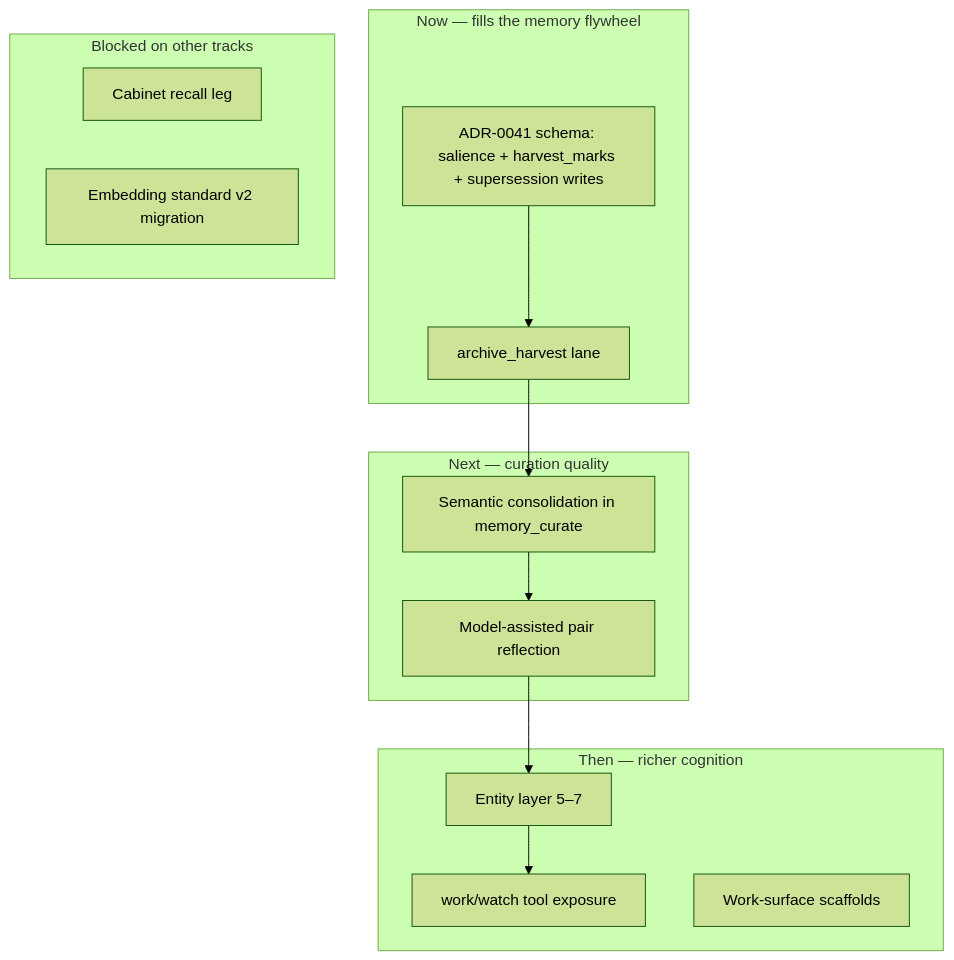
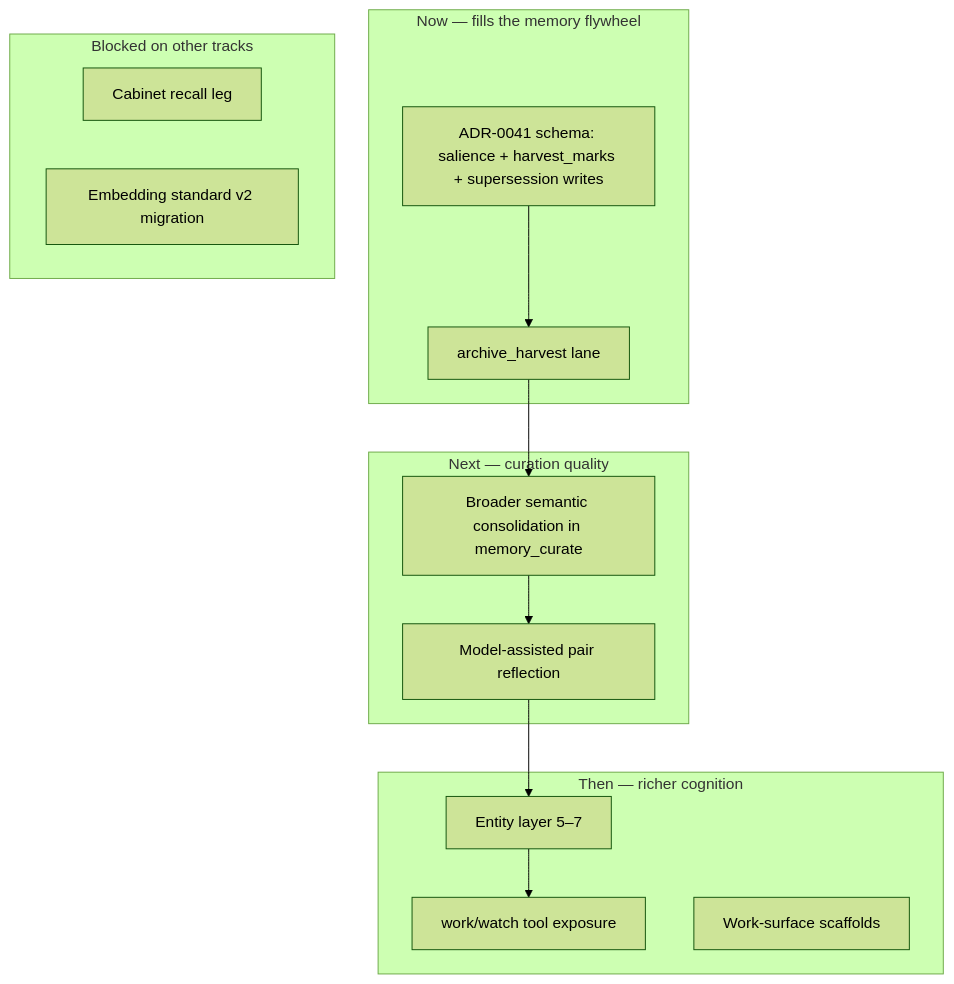
The diagram in docs/roadmap/BEAR_MEMORY_REMAINING_WORK_PLAN.md (TheArtificial/BEARS), drawn with Mermaid (forest theme) before and after one commit. The commit also changed other lines of this file and 3 other files, not shown here.

````diff
--- a/docs/roadmap/BEAR_MEMORY_REMAINING_WORK_PLAN.md
+++ b/docs/roadmap/BEAR_MEMORY_REMAINING_WORK_PLAN.md
@@ -183,29 +183,29 @@
 ```mermaid
 flowchart TD
   subgraph now [Now — fills the memory flywheel]
     S[ADR-0041 schema: salience + harvest_marks + supersession writes]
     H[archive_harvest lane]
   end
 
   subgraph next [Next — curation quality]
-    C[Semantic consolidation in memory_curate]
+    C[Broader semantic consolidation in memory_curate]
     P[Model-assisted pair reflection]
   end
 
   subgraph then [Then — richer cognition]
     E[Entity layer 5–7]
     W[work/watch tool exposure]
     WS[Work-surface scaffolds]
   end
 
   subgraph blocked [Blocked on other tracks]
     CAB[Cabinet recall leg]
     V2[Embedding standard v2 migration]
   end
 
   S --> H
   H --> C
   C --> P
   P --> E
   E --> W
 ```
````
